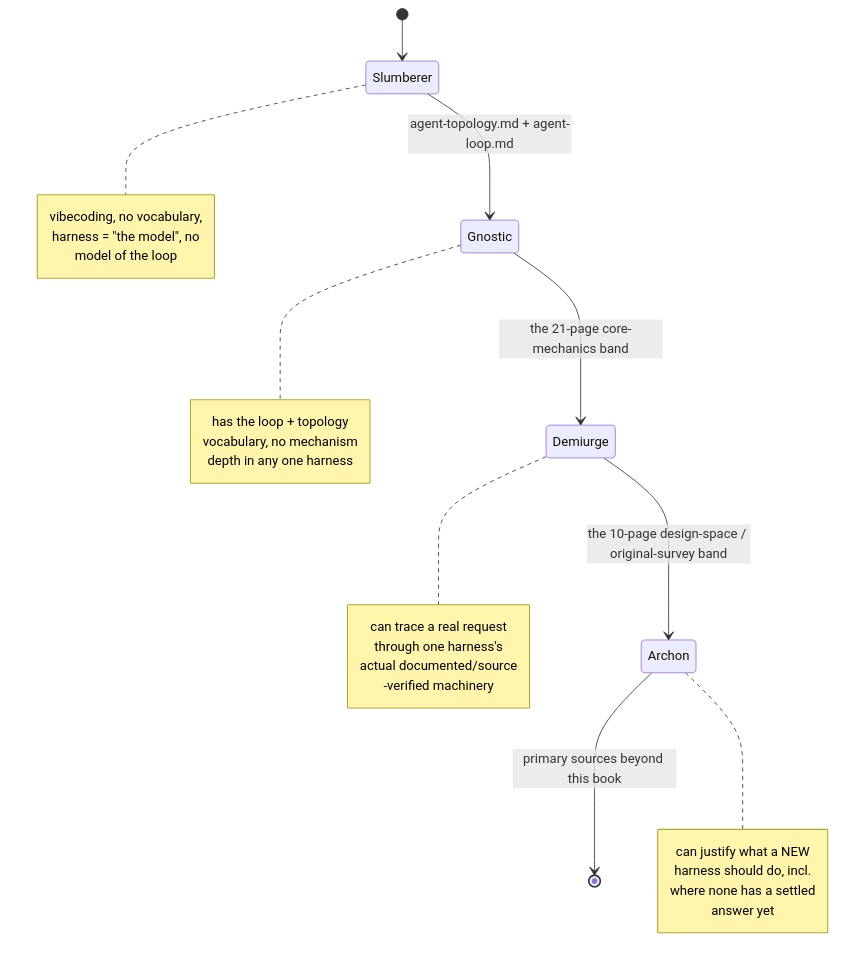
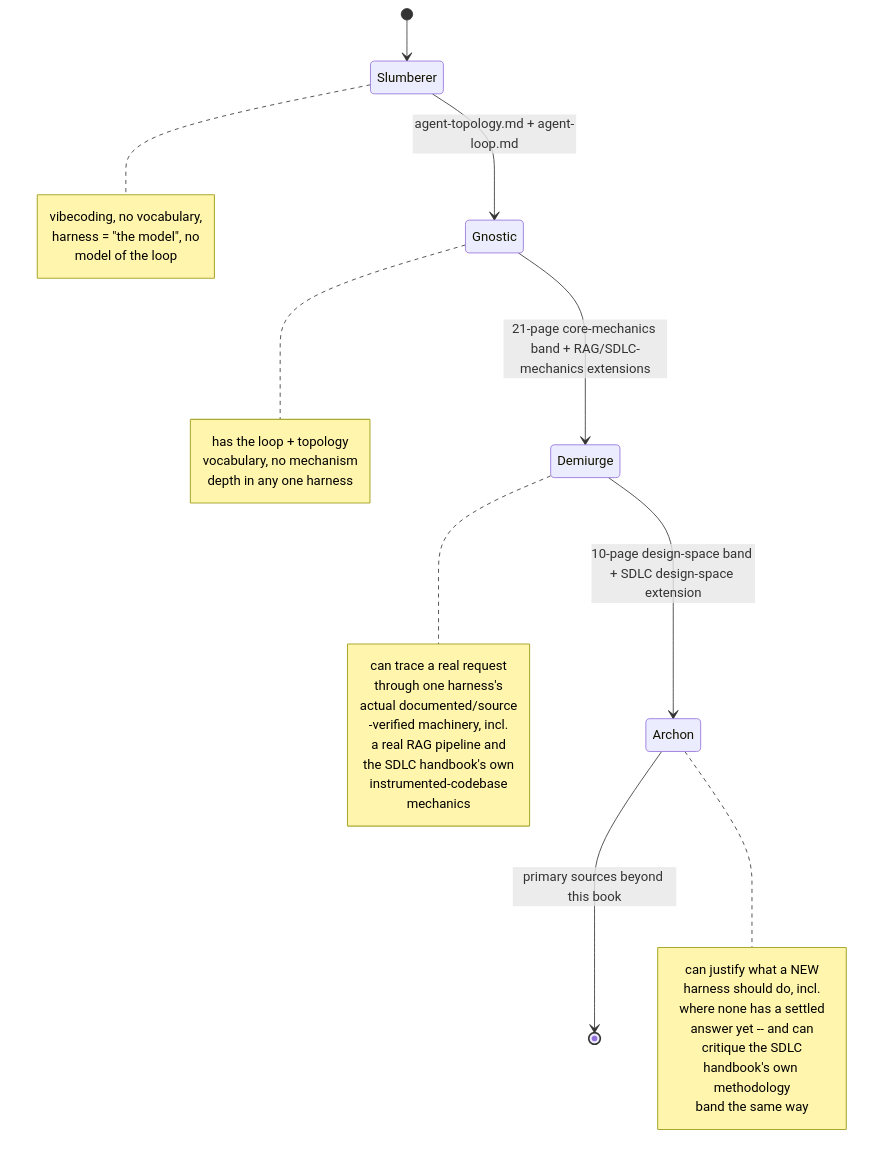
Before and after one commit to sfernandezplain/AIrchon: the diagram in references/harnesses/reader-proficiency-tiers.md, drawn with Mermaid. The commit also changed other lines of this file and 9 other files, not shown here.

````diff
--- a/references/harnesses/reader-proficiency-tiers.md
+++ b/references/harnesses/reader-proficiency-tiers.md
@@ -48,30 +48,37 @@
 ```mermaid
 stateDiagram-v2
     [*] --> Slumberer
     Slumberer --> Gnostic: agent-topology.md + agent-loop.md
-    Gnostic --> Demiurge: the 21-page core-mechanics band
-    Demiurge --> Archon: the 10-page design-space / original-survey band
+    Gnostic --> Demiurge: 21-page core-mechanics band + RAG/SDLC-mechanics extensions
+    Demiurge --> Archon: 10-page design-space band + SDLC design-space extension
     Archon --> [*]: primary sources beyond this book
     note right of Slumberer
         vibecoding, no vocabulary,
         harness = "the model", no
         model of the loop
     end note
     note right of Gnostic
         has the loop + topology
         vocabulary, no mechanism
         depth in any one harness
     end note
     note right of Demiurge
         can trace a real request
         through one harness's
         actual documented/source
-        -verified machinery
+        -verified machinery, incl.
+        a real RAG pipeline and
+        the SDLC handbook's own
+        instrumented-codebase
+        mechanics
     end note
     note right of Archon
         can justify what a NEW
         harness should do, incl.
         where none has a settled
-        answer yet
+        answer yet -- and can
+        critique the SDLC
+        handbook's own methodology
+        band the same way
     end note
 ```
````
